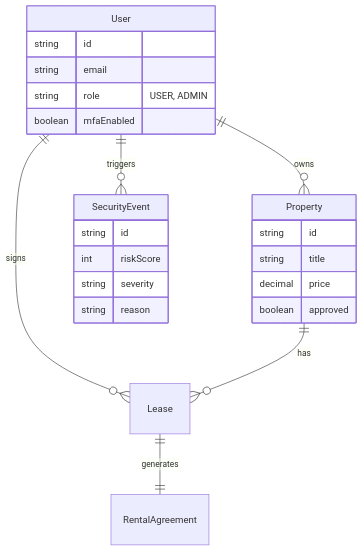
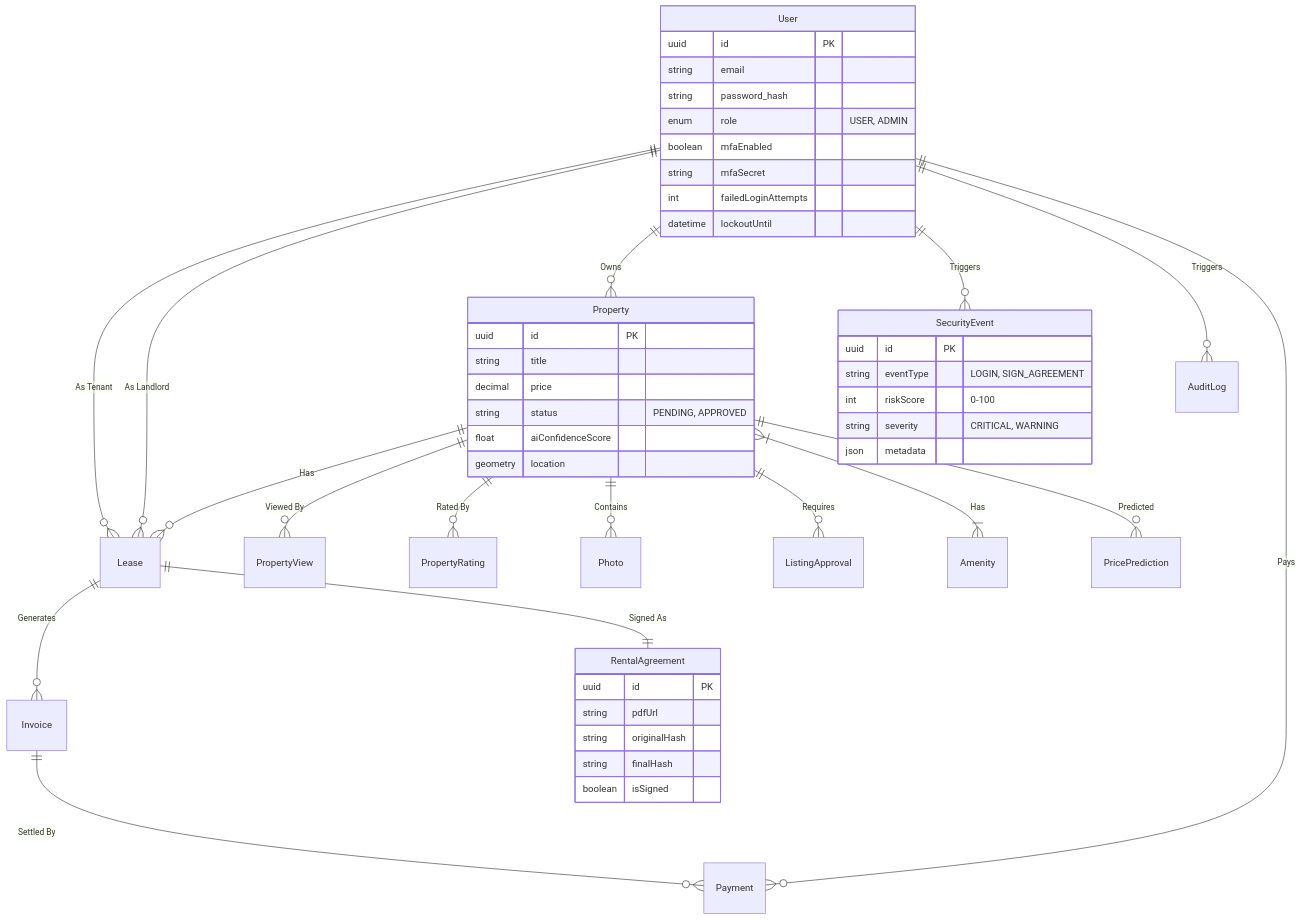
The second of 5 diagrams in README.md (izwanGit/uitm-devops-challenge_TeamOne), drawn with Mermaid before and after one commit. The commit also changed other lines of this file, not shown here.

````diff
--- a/README.md
+++ b/README.md
@@ -236,29 +240,63 @@
 ```mermaid
 erDiagram
-    User ||--o{ Property : owns
-    User ||--o{ Lease : signs
-    Property ||--o{ Lease : has
-    Lease ||--|| RentalAgreement : generates
-    User ||--o{ SecurityEvent : triggers
+    %% CORE USERS
+    User ||--o{ Lease : "As Tenant"
+    User ||--o{ Lease : "As Landlord"
+    User ||--o{ Property : "Owns"
+    User ||--o{ SecurityEvent : "Triggers"
+    User ||--o{ AuditLog : "Triggers"
+    User ||--o{ Payment : "Pays"
+    
+    %% PROPERTIES
+    Property ||--o{ Lease : "Has"
+    Property ||--o{ PropertyView : "Viewed By"
+    Property ||--o{ PropertyRating : "Rated By"
+    Property ||--o{ Photo : "Contains"
+    Property ||--o{ ListingApproval : "Requires"
+    Property }|--|{ Amenity : "Has"
+    
+    %% FINANCIALS
+    Lease ||--o{ Invoice : "Generates"
+    Lease ||--|| RentalAgreement : "Signed As"
+    Invoice ||--o{ Payment : "Settled By"
+    
+    %% AI & ANALYTICS
+    Property ||--o{ PricePrediction : "Predicted"
 
+    %% ENTITY DETAILS
     User {
-        string id
+        uuid id PK
         string email
-        string role "USER, ADMIN"
+        string password_hash
+        enum role "USER, ADMIN"
         boolean mfaEnabled
+        string mfaSecret
+        int failedLoginAttempts
+        datetime lockoutUntil
     }
 
     Property {
-        string id
+        uuid id PK
         string title
         decimal price
-        boolean approved
+        string status "PENDING, APPROVED"
+        float aiConfidenceScore
+        geometry location
     }
 
     SecurityEvent {
-        string id
-        int riskScore
-        string severity
-        string reason
+        uuid id PK
+        string eventType "LOGIN, SIGN_AGREEMENT"
+        int riskScore "0-100"
+        string severity "CRITICAL, WARNING"
+        json metadata
+    }
+    
+    RentalAgreement {
+        uuid id PK
+        string pdfUrl
+        string originalHash
+        string finalHash
+        boolean isSigned
     }
 ```
````
